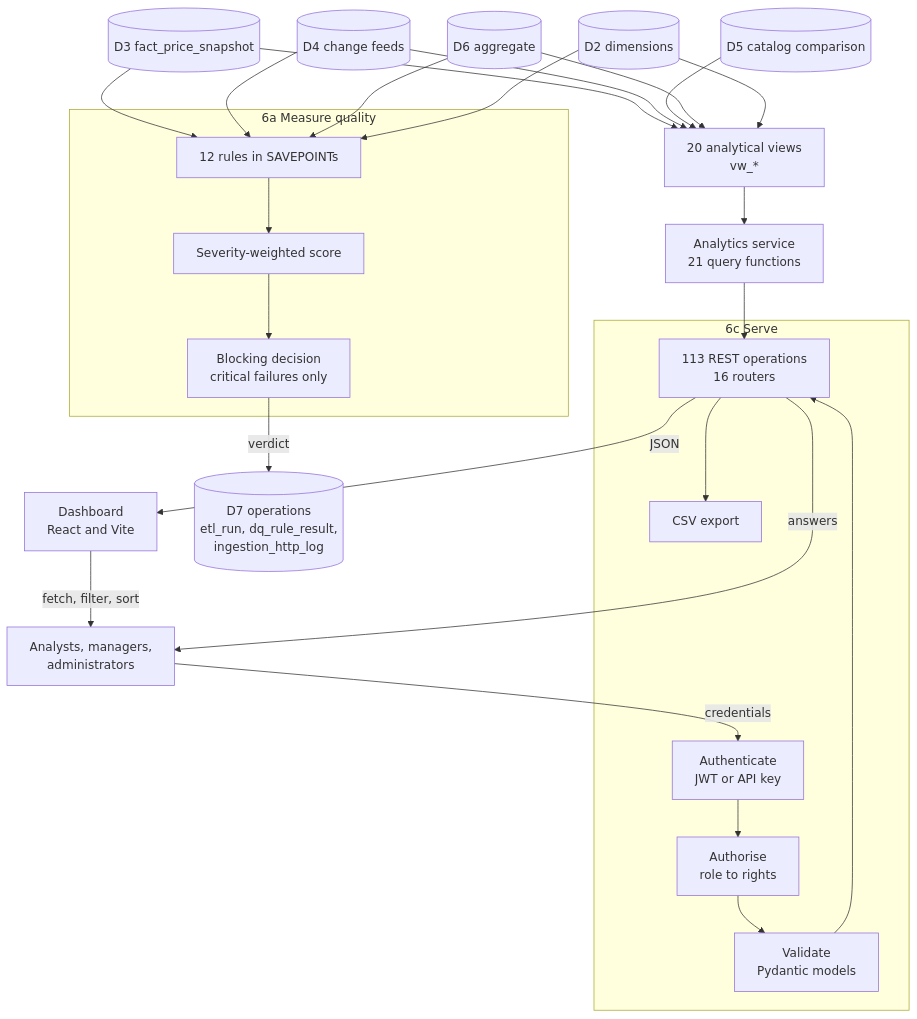
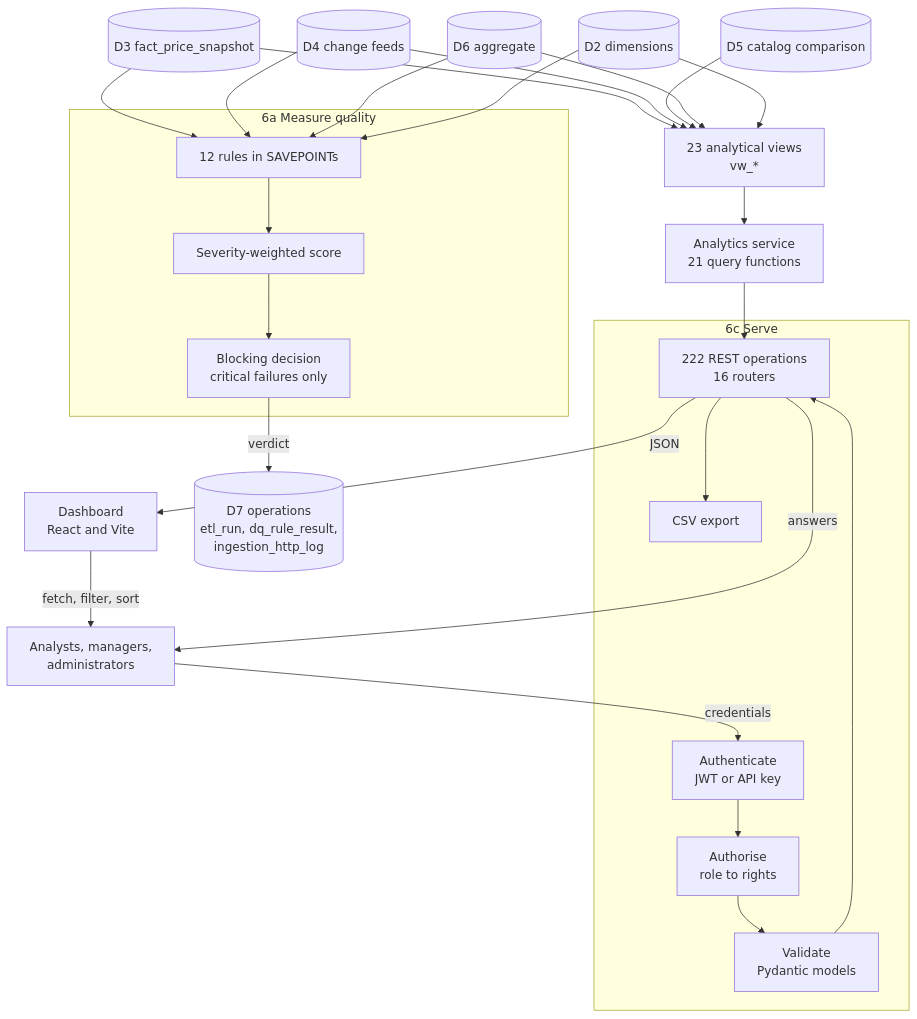
One commit to Ahmedbakr78/Web-to-Warehouse-Product-Intelligence-Pipeline changed the fifth of 6 diagrams in docs/10_data_flow_diagrams.md. Above: the diagram before and after it, drawn with Mermaid. The commit also changed 92 other files, not shown here.

````diff
--- a/docs/10_data_flow_diagrams.md
+++ b/docs/10_data_flow_diagrams.md
@@ -274,51 +274,51 @@
 ```mermaid
 flowchart TB
     DS[("D3 fact_price_snapshot")]
     DC[("D4 change feeds")]
     DK[("D5 catalog comparison")]
     DA[("D6 aggregate")]
     DP[("D2 dimensions")]
     DR[("D7 operations<br/>etl_run, dq_rule_result,<br/>ingestion_http_log")]
 
     subgraph P6A["6a Measure quality"]
         Q1["12 rules in SAVEPOINTs"]
         Q2["Severity-weighted score"]
         Q3["Blocking decision<br/>critical failures only"]
     end
 
-    V["20 analytical views<br/>vw_*"]
+    V["23 analytical views<br/>vw_*"]
     AN["Analytics service<br/>21 query functions"]
 
     subgraph P6B["6c Serve"]
         AU["Authenticate<br/>JWT or API key"]
         RB["Authorise<br/>role to rights"]
         VAL["Validate<br/>Pydantic models"]
-        EP["113 REST operations<br/>16 routers"]
+        EP["222 REST operations<br/>16 routers"]
         CSV["CSV export"]
     end
 
     UI["Dashboard<br/>React and Vite"]
     USR["Analysts, managers,<br/>administrators"]
 
     DS --> Q1
     DC --> Q1
     DA --> Q1
     DP --> Q1
     Q1 --> Q2 --> Q3
     Q3 -->|"verdict"| DR
 
     DS --> V
     DC --> V
     DK --> V
     DA --> V
     DP --> V
     V --> AN
     AN --> EP
     EP --> CSV
 
     USR -->|"credentials"| AU
     AU --> RB --> VAL --> EP
     EP -->|"JSON"| UI
     UI -->|"fetch, filter, sort"| USR
     EP -->|"answers"| USR
 ```
````
